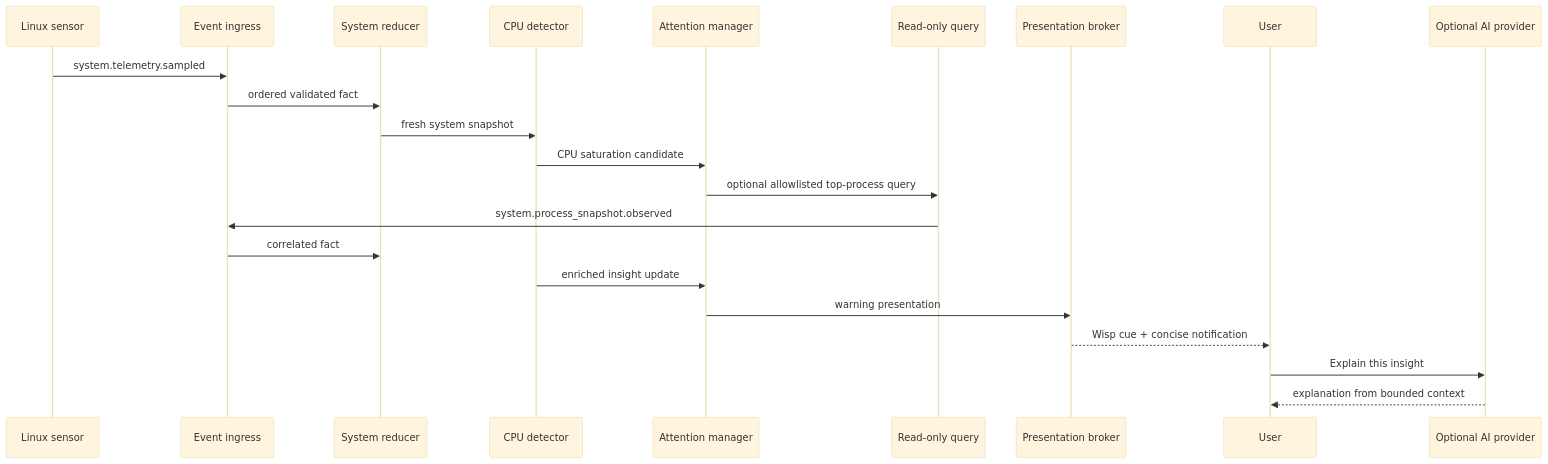
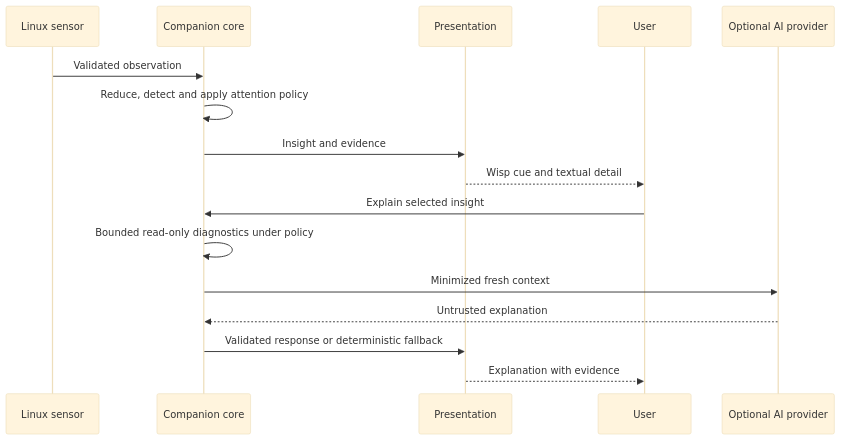
One commit to pabloalbertocastillo/cyber-companion changed the diagram in docs/platform/EVENTS_STATE_AND_ATTENTION.md. Above: the diagram before and after it, drawn with Mermaid (base theme). The commit also changed other lines of this file and 12 other files, not shown here.

Commit message:
docs: refine runtime contracts and native desktop interaction architecture

````diff
--- a/docs/platform/EVENTS_STATE_AND_ATTENTION.md
+++ b/docs/platform/EVENTS_STATE_AND_ATTENTION.md
@@ -307,25 +313,19 @@
 ```mermaid
 sequenceDiagram
-    participant A as Linux sensor
-    participant I as Event ingress
-    participant R as System reducer
-    participant D as CPU detector
-    participant T as Attention manager
-    participant Q as Read-only query
-    participant P as Presentation broker
+    participant S as Linux sensor
+    participant C as Companion core
+    participant P as Presentation
     participant U as User
     participant AI as Optional AI provider
 
-    A->>I: system.telemetry.sampled
-    I->>R: ordered validated fact
-    R->>D: fresh system snapshot
-    D->>T: CPU saturation candidate
-    T->>Q: optional allowlisted top-process query
-    Q->>I: system.process_snapshot.observed
-    I->>R: correlated fact
-    D->>T: enriched insight update
-    T->>P: warning presentation
-    P-->>U: Wisp cue + concise notification
-    U->>AI: Explain this insight
-    AI-->>U: explanation from bounded context
+    S->>C: Validated observation
+    C->>C: Reduce, detect and apply attention policy
+    C->>P: Insight and evidence
+    P-->>U: Wisp cue and textual detail
+    U->>C: Explain selected insight
+    C->>C: Bounded read-only diagnostics under policy
+    C->>AI: Minimized fresh context
+    AI-->>C: Untrusted explanation
+    C->>P: Validated response or deterministic fallback
+    P-->>U: Explanation with evidence
 ```
````
